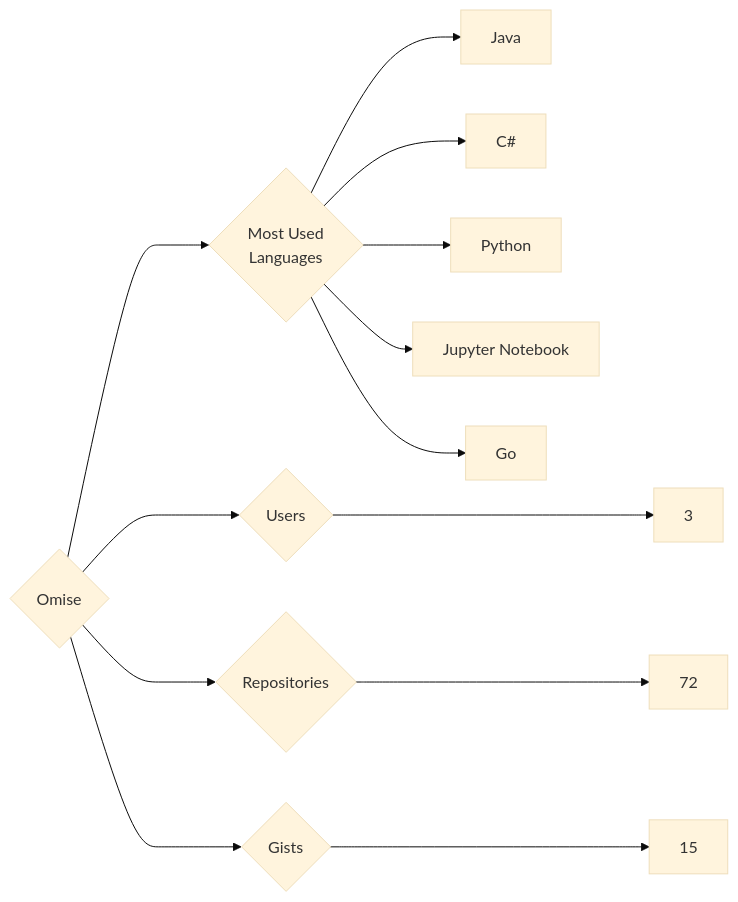
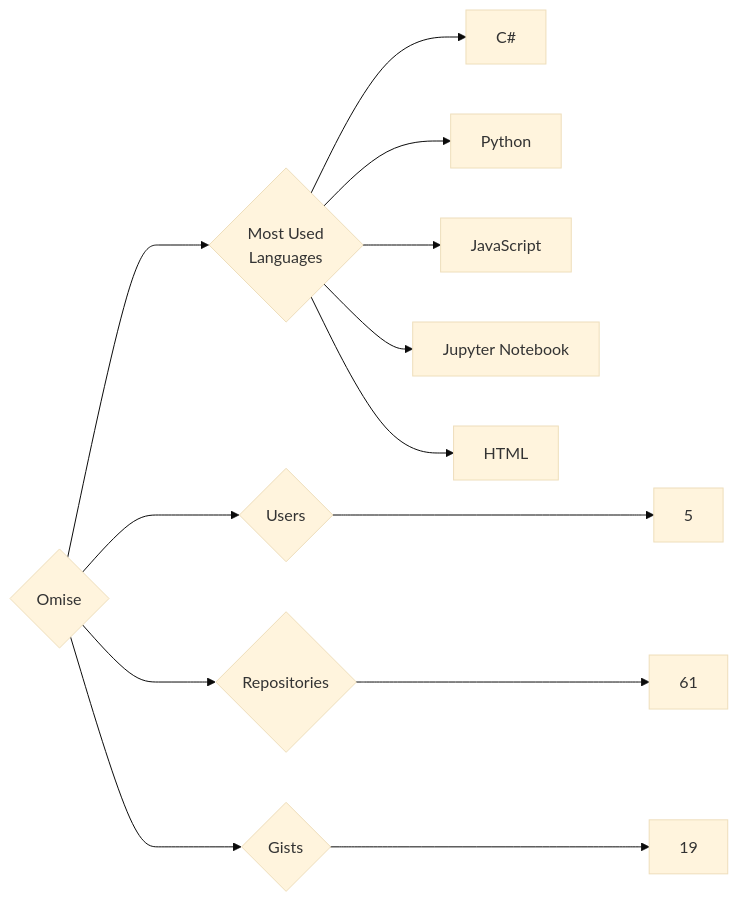
The diagram in targets/Omise/README.md (trickest/insiders), drawn with Mermaid (base theme) before and after one commit. The commit also changed 597 other files, not shown here.

````diff
--- a/targets/Omise/README.md
+++ b/targets/Omise/README.md
@@ -3,13 +3,13 @@
 ```mermaid
 graph LR
 COMPANY_NAME{Omise}
-COMPANY_NAME ---> U{Users} ---> UN[3]
-COMPANY_NAME ---> R{Repositories} ---> RN[72]
-COMPANY_NAME ---> G{Gists} ---> GN[15]
+COMPANY_NAME ---> U{Users} ---> UN[5]
+COMPANY_NAME ---> R{Repositories} ---> RN[61]
+COMPANY_NAME ---> G{Gists} ---> GN[19]
 COMPANY_NAME ---> ML{Most Used<br>Languages}
-ML --> Java[Java]
 ML --> C#[C#]
 ML --> Python[Python]
+ML --> JavaScript[JavaScript]
 ML --> Jupyter_Notebook[Jupyter Notebook]
-ML --> Go[Go]
+ML --> HTML[HTML]
 ```
````
